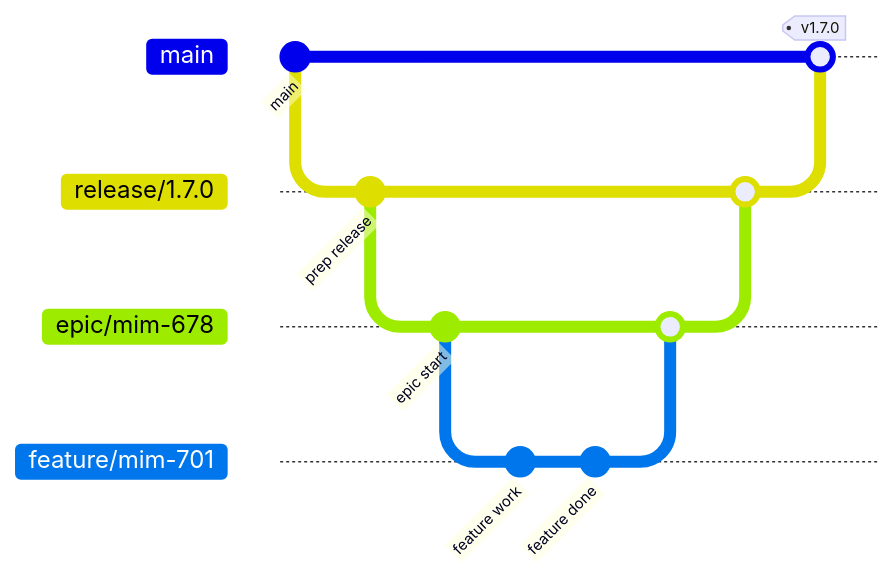
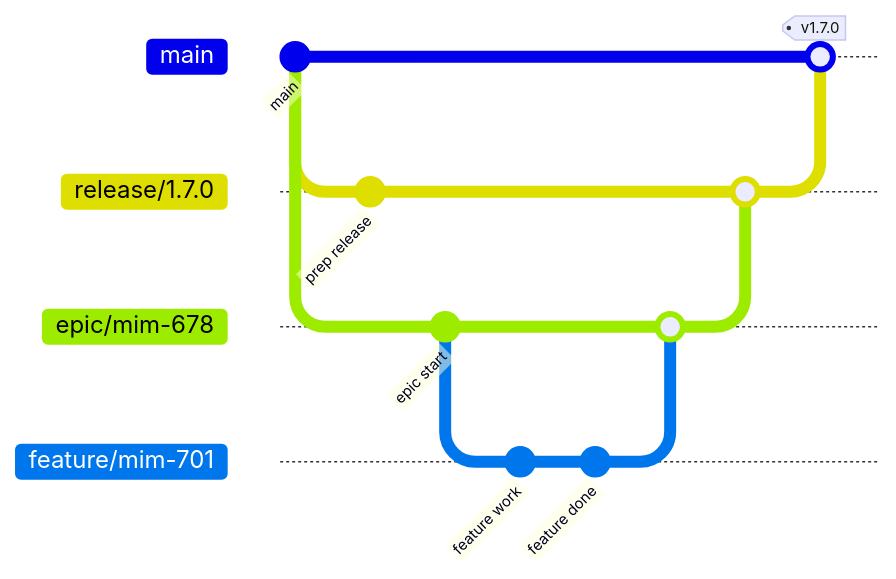
One commit to Bostads-AB-Mimer/onecore changed the diagram in CONTRIBUTING.md. Above: the diagram before and after it, drawn with Mermaid. The commit also changed other lines of this file, not shown here.

````diff
--- a/CONTRIBUTING.md
+++ b/CONTRIBUTING.md
@@ -74,17 +85,18 @@
 ```mermaid
 gitGraph
   commit id: "main"
   branch release/1.7.0
   commit id: "prep release"
+  checkout main
   branch epic/mim-678
   commit id: "epic start"
   branch feature/mim-701
   commit id: "feature work"
   commit id: "feature done"
   checkout epic/mim-678
   merge feature/mim-701
   checkout release/1.7.0
   merge epic/mim-678
   checkout main
   merge release/1.7.0 tag: "v1.7.0"
 ```
````
